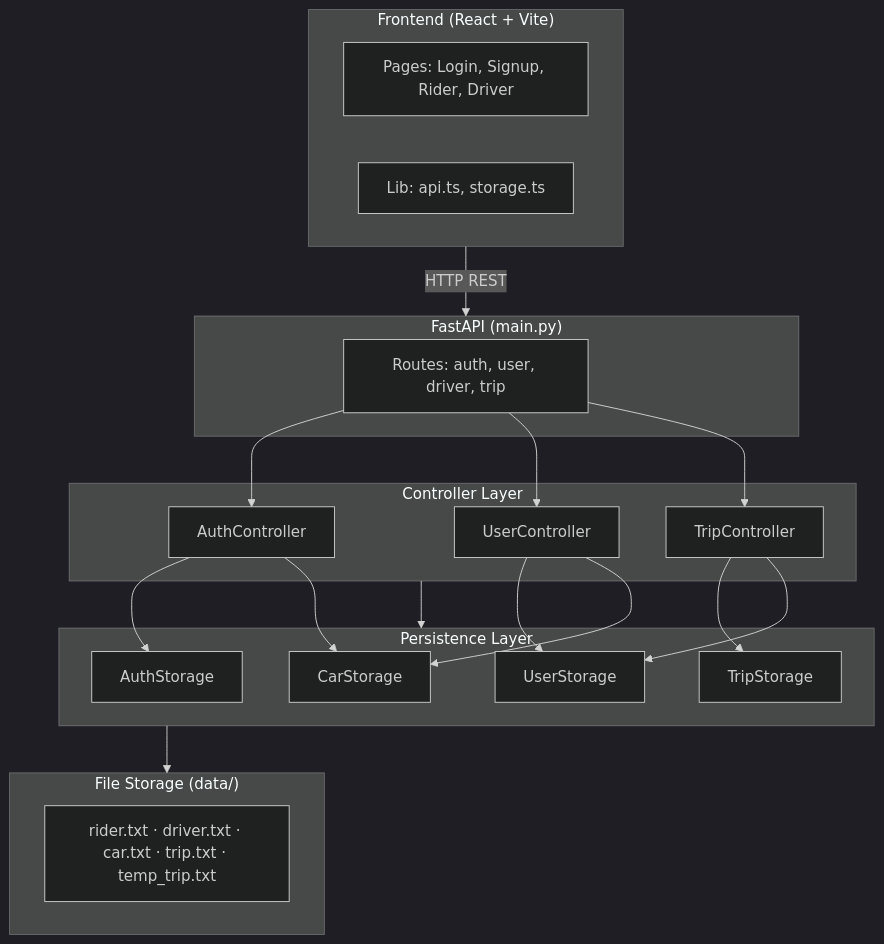
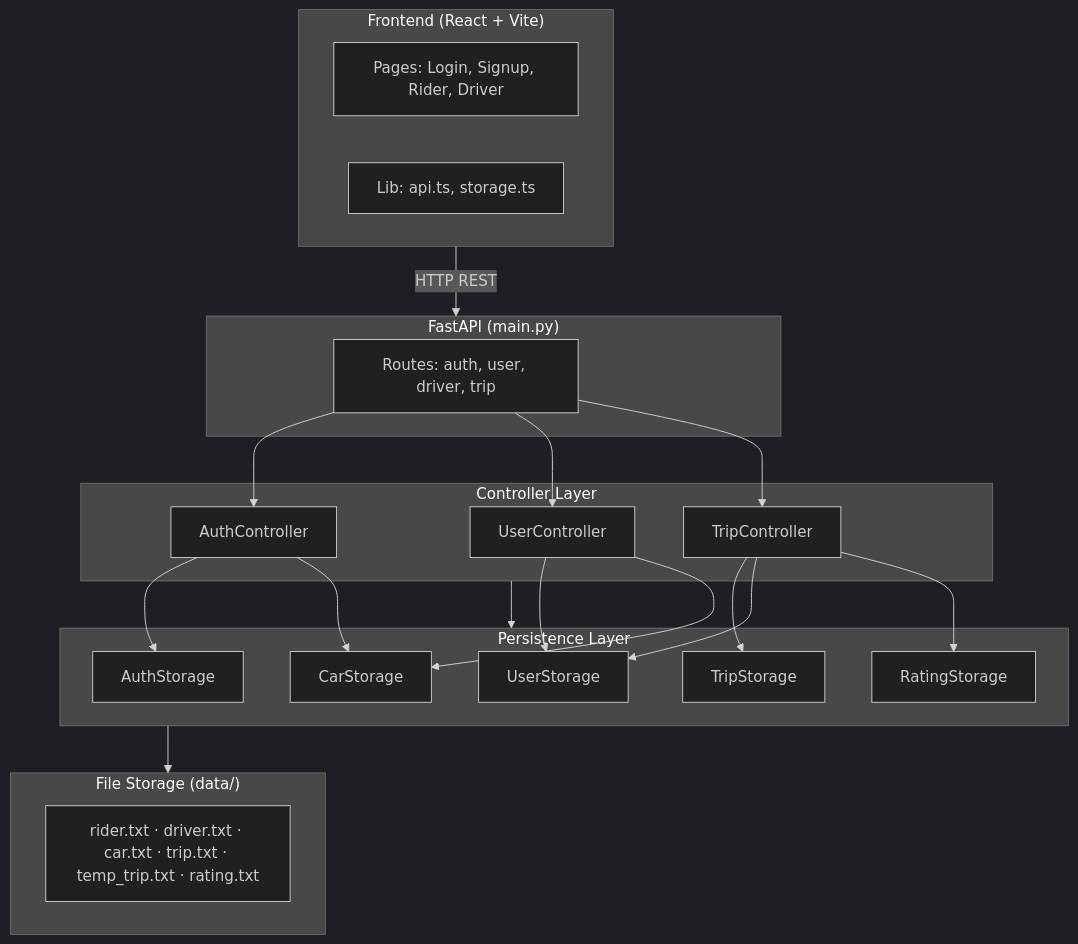
One commit to ZenoOps/Ride-Booking-System changed the first of 3 diagrams in README.md. Above: the diagram before and after it, drawn with Mermaid (dark theme). The commit also changed other lines of this file and 11 other files, not shown here.

Commit message:
feat: driver rating system

````diff
--- a/README.md
+++ b/README.md
@@ -30,41 +31,43 @@
 ```mermaid
 graph TD
     subgraph Frontend["Frontend (React + Vite)"]
         Pages["Pages: Login, Signup, Rider, Driver"]
         Lib["Lib: api.ts, storage.ts"]
     end
 
     subgraph API["FastAPI (main.py)"]
         Routes["Routes: auth, user, driver, trip"]
     end
 
     subgraph Controllers["Controller Layer"]
         AC["AuthController"]
         UC["UserController"]
         TC["TripController"]
     end
 
     subgraph Persistence["Persistence Layer"]
         AS["AuthStorage"]
         US["UserStorage"]
         TS["TripStorage"]
         CS["CarStorage"]
+        RS["RatingStorage"]
     end
 
     subgraph Storage["File Storage (data/)"]
-        Files["rider.txt · driver.txt · car.txt · trip.txt · temp_trip.txt"]
+        Files["rider.txt · driver.txt · car.txt · trip.txt · temp_trip.txt · rating.txt"]
     end
 
     Frontend -->|HTTP REST| API
     Routes --> AC
     Routes --> UC
     Routes --> TC
     AC --> AS
     AC --> CS
     UC --> US
     UC --> CS
     TC --> TS
     TC --> US
+    TC --> RS
     Controllers --> Persistence
     Persistence --> Storage
 ```
````
